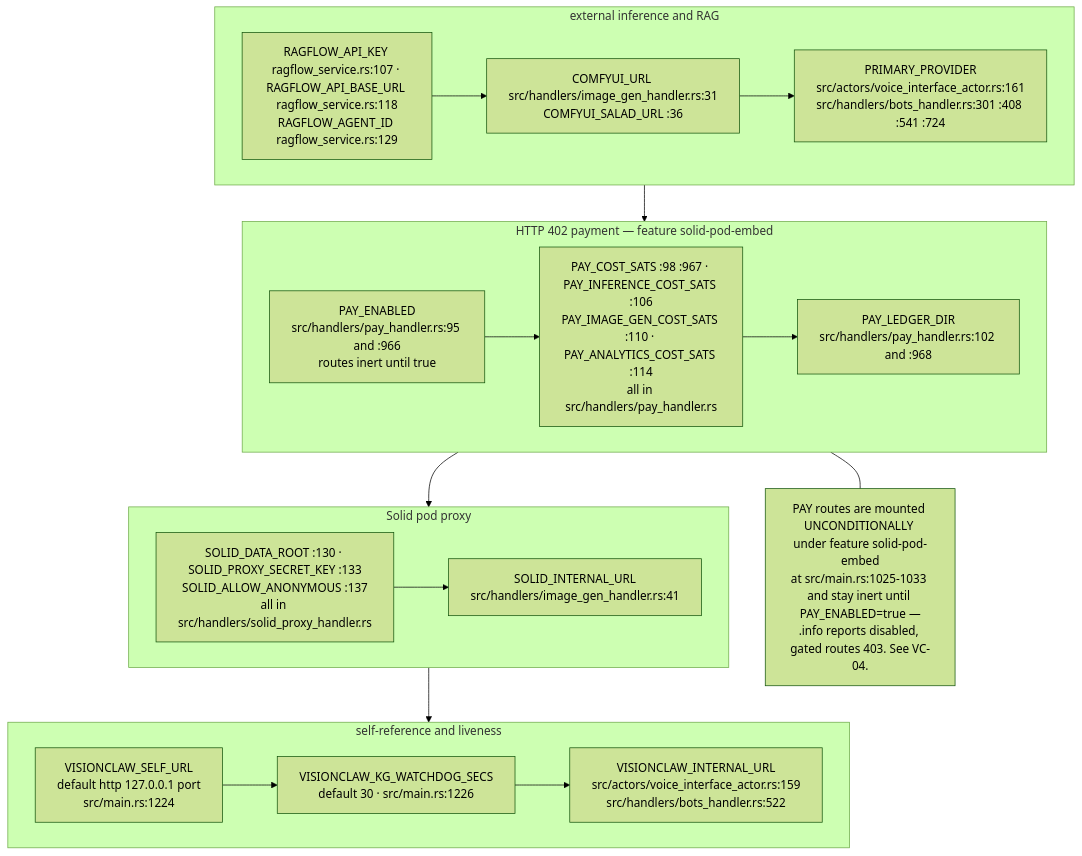
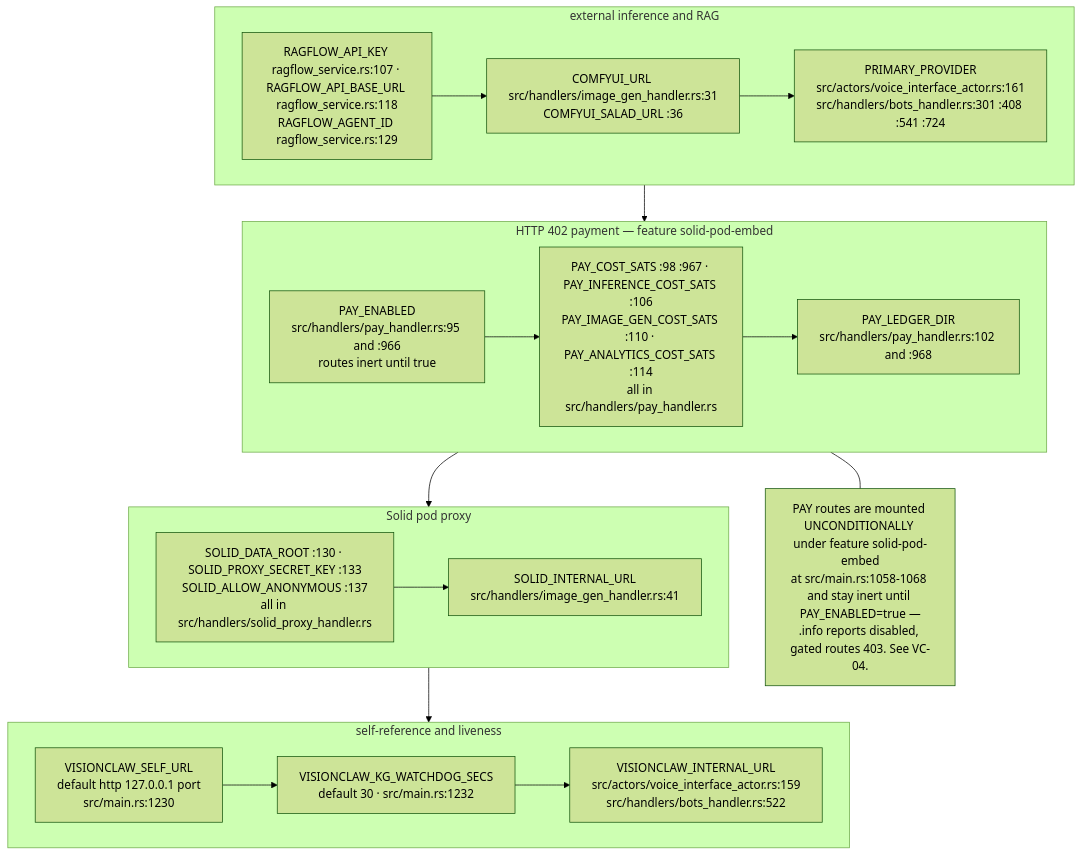
Before and after one commit to DreamLab-AI/VisionFlow: diagram 13 of 15 in docs/diagrams/visionclaw/09-config-and-env-flags.md, drawn with Mermaid (forest theme). The commit also changed other lines of this file and 32 other files, not shown here.

````diff
--- a/docs/diagrams/visionclaw/09-config-and-env-flags.md
+++ b/docs/diagrams/visionclaw/09-config-and-env-flags.md
@@ -484,18 +487,18 @@
 ```mermaid
 flowchart TB
     subgraph EXT["external inference and RAG"]
         X1["RAGFLOW_API_KEY ragflow_service.rs:107 · RAGFLOW_API_BASE_URL ragflow_service.rs:118<br/>RAGFLOW_AGENT_ID ragflow_service.rs:129"] --> X2["COMFYUI_URL src/handlers/image_gen_handler.rs:31<br/>COMFYUI_SALAD_URL :36"] --> X3["PRIMARY_PROVIDER<br/>src/actors/voice_interface_actor.rs:161<br/>src/handlers/bots_handler.rs:301 :408 :541 :724"]
     end
     subgraph PAY["HTTP 402 payment — feature solid-pod-embed"]
         P1["PAY_ENABLED<br/>src/handlers/pay_handler.rs:95 and :966<br/>routes inert until true"] --> P2["PAY_COST_SATS :98 :967 · PAY_INFERENCE_COST_SATS :106<br/>PAY_IMAGE_GEN_COST_SATS :110 · PAY_ANALYTICS_COST_SATS :114<br/>all in src/handlers/pay_handler.rs"] --> P3["PAY_LEDGER_DIR<br/>src/handlers/pay_handler.rs:102 and :968"]
     end
     subgraph SOLID["Solid pod proxy"]
         O1["SOLID_DATA_ROOT :130 · SOLID_PROXY_SECRET_KEY :133<br/>SOLID_ALLOW_ANONYMOUS :137<br/>all in src/handlers/solid_proxy_handler.rs"] --> O2["SOLID_INTERNAL_URL<br/>src/handlers/image_gen_handler.rs:41"]
     end
     subgraph SELF["self-reference and liveness"]
-        F1["VISIONCLAW_SELF_URL<br/>default http 127.0.0.1 port<br/>src/main.rs:1224"] --> F2["VISIONCLAW_KG_WATCHDOG_SECS<br/>default 30 · src/main.rs:1226"] --> F3["VISIONCLAW_INTERNAL_URL<br/>src/actors/voice_interface_actor.rs:159<br/>src/handlers/bots_handler.rs:522"]
+        F1["VISIONCLAW_SELF_URL<br/>default http 127.0.0.1 port<br/>src/main.rs:1230"] --> F2["VISIONCLAW_KG_WATCHDOG_SECS<br/>default 30 · src/main.rs:1232"] --> F3["VISIONCLAW_INTERNAL_URL<br/>src/actors/voice_interface_actor.rs:159<br/>src/handlers/bots_handler.rs:522"]
     end
     EXT --> PAY --> SOLID --> SELF
-    N5["PAY routes are mounted UNCONDITIONALLY under feature solid-pod-embed<br/>at src/main.rs:1025-1033 and stay inert until PAY_ENABLED=true —<br/>.info reports disabled, gated routes 403. See VC-04."]
+    N5["PAY routes are mounted UNCONDITIONALLY under feature solid-pod-embed<br/>at src/main.rs:1058-1068 and stay inert until PAY_ENABLED=true —<br/>.info reports disabled, gated routes 403. See VC-04."]
     PAY --- N5
 ```
````
